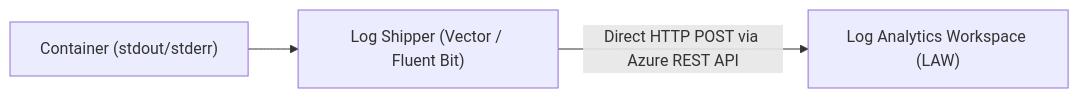
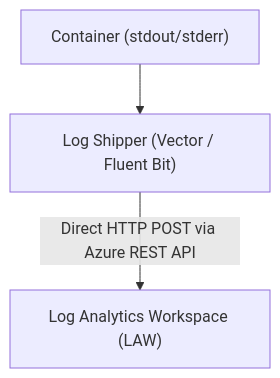
The third of 4 diagrams in self-study/MANUAL_NOTES.md (naori11/MaaS), drawn with Mermaid before and after one commit. The commit also changed other lines of this file, not shown here.

Commit message:
docs: modify markdown diagram formatting

````diff
--- a/self-study/MANUAL_NOTES.md
+++ b/self-study/MANUAL_NOTES.md
@@ -693,5 +710,5 @@
-      ```mermaid
-      flowchart LR
-          A["Container (stdout/stderr)"] --> B["Log Shipper (Vector / Fluent Bit)"]
-          B -->|Direct HTTP POST via Azure REST API| C["Log Analytics Workspace (LAW)"]
-      ```
+```mermaid
+flowchart TD
+    A["Container (stdout/stderr)"] --> B["Log Shipper (Vector / Fluent Bit)"]
+    B -->|Direct HTTP POST via Azure REST API| C["Log Analytics Workspace (LAW)"]
+```
````
